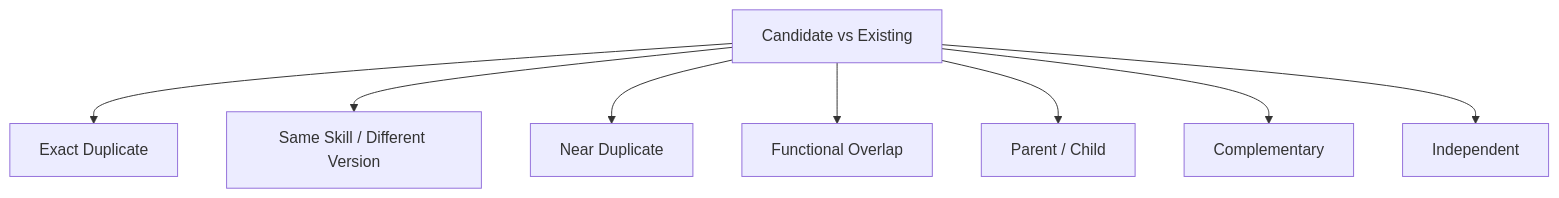
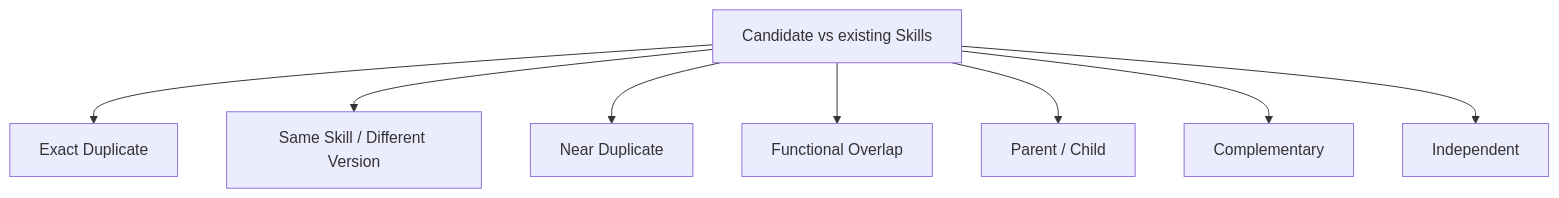
Before and after one commit to apexpeng/skill-install-workflow: the second of 3 diagrams in README.md, drawn with Mermaid. The commit also changed other lines of this file, not shown here.

````diff
--- a/README.md
+++ b/README.md
@@ -108,10 +84,10 @@
 ```mermaid
 flowchart TD
-    A["Candidate vs Existing"] --> B["Exact Duplicate"]
+    A["Candidate vs existing Skills"] --> B["Exact Duplicate"]
     A --> C["Same Skill / Different Version"]
     A --> D["Near Duplicate"]
     A --> E["Functional Overlap"]
     A --> F["Parent / Child"]
     A --> G["Complementary"]
     A --> H["Independent"]
 ```
````
